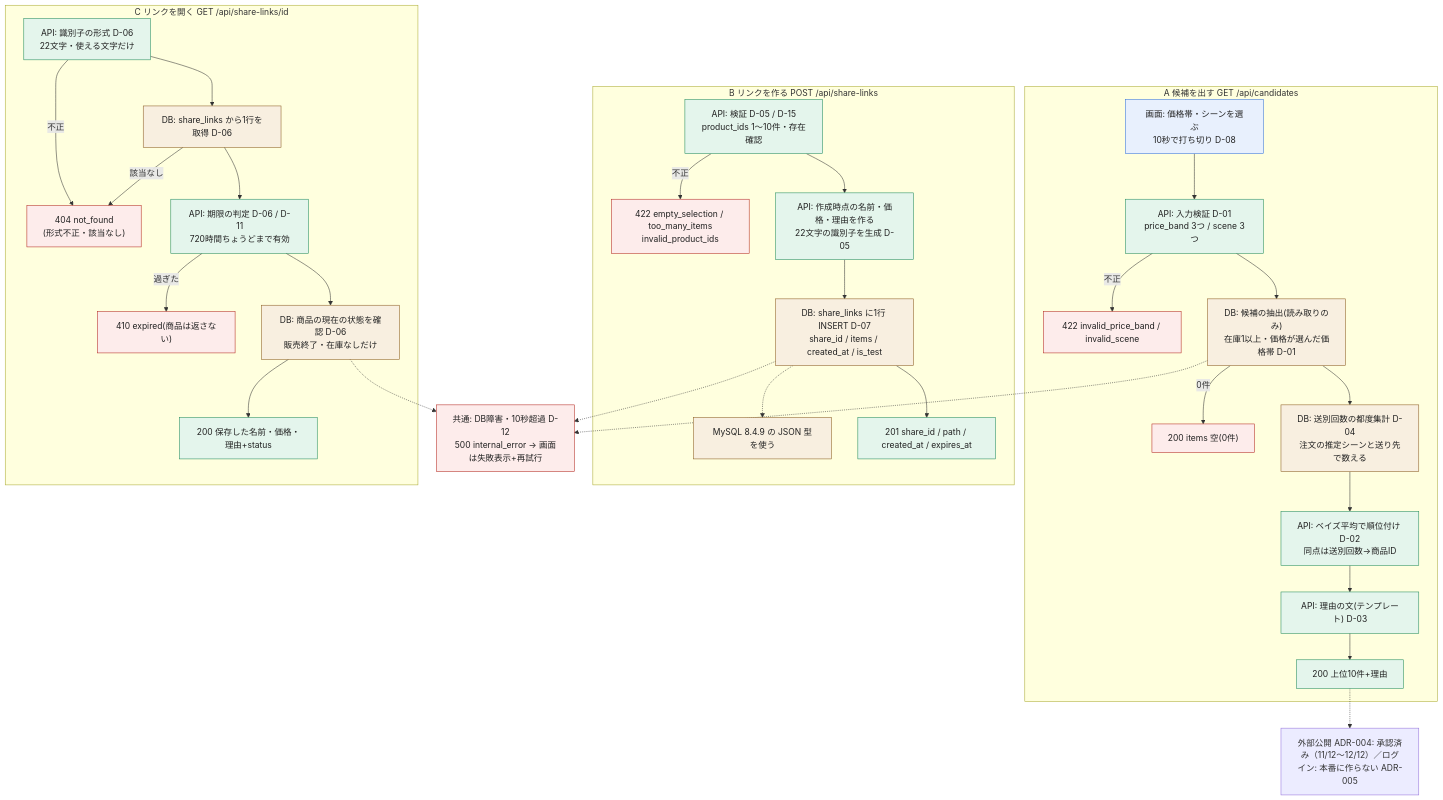
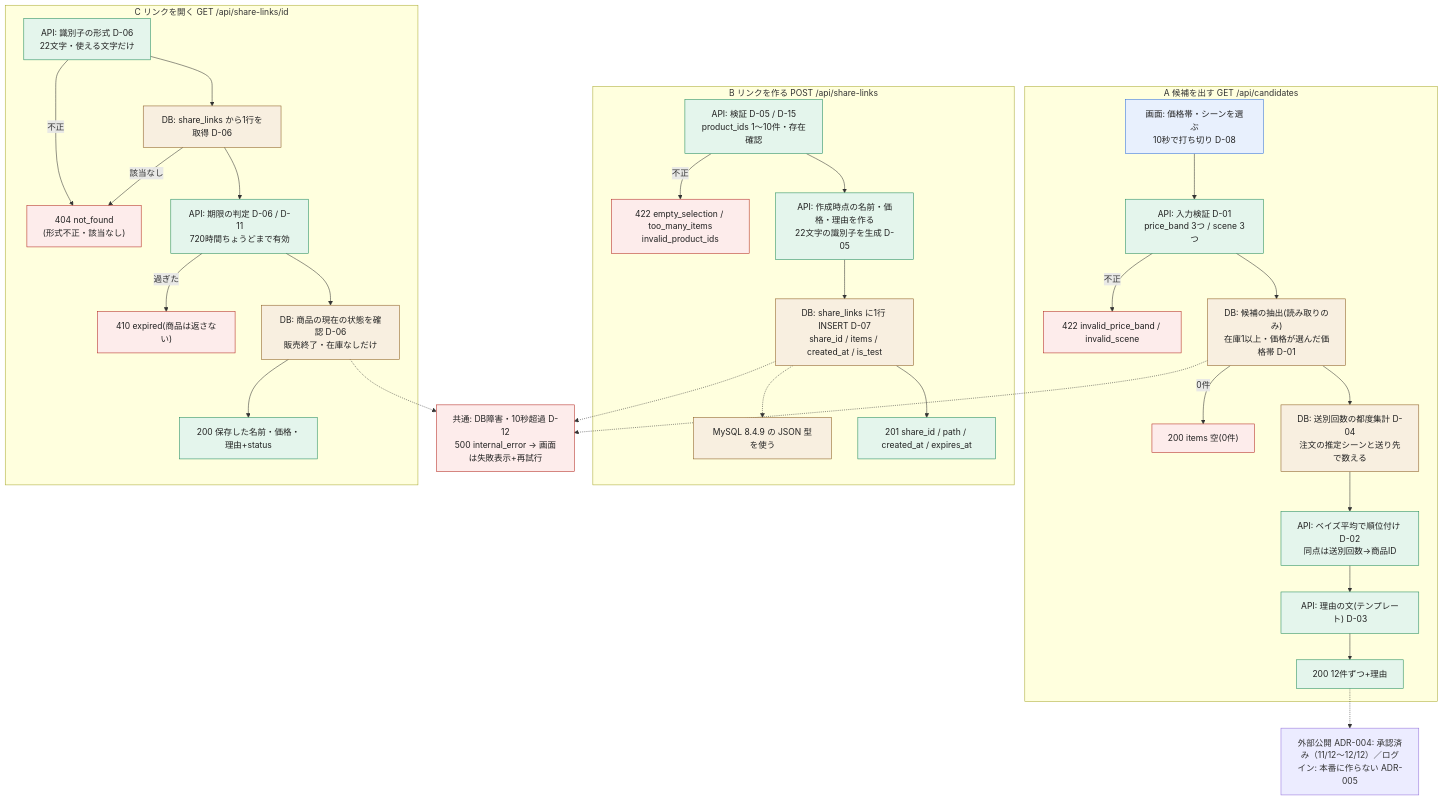
The second of 3 diagrams in 02_プロジェクト/giftia-ui-renewal/仕様.md (Team18-RaizenYomiMukuro-Tech0/model_team18_tech0), drawn with Mermaid before and after one commit. The commit also changed other lines of this file and 4 other files, not shown here.

````diff
--- a/02_プロジェクト/giftia-ui-renewal/仕様.md
+++ b/02_プロジェクト/giftia-ui-renewal/仕様.md
@@ -158,60 +158,60 @@
 ```mermaid
 flowchart TB
   classDef ui fill:#e8f0fd,stroke:#2f6fdb,color:#222
   classDef api fill:#e4f5ec,stroke:#1f8a5b,color:#222
   classDef db fill:#f8efe0,stroke:#8a5a1f,color:#222
   classDef err fill:#fdeceb,stroke:#b3261e,color:#222
   classDef pend stroke-dasharray: 5 5,stroke:#6b6f76,fill:#f3f3f3,color:#222
 
   subgraph A["A 候補を出す GET /api/candidates"]
     A1["画面: 価格帯・シーンを選ぶ<br/>10秒で打ち切り D-08"]:::ui
     A2["API: 入力検証 D-01<br/>price_band 3つ / scene 3つ"]:::api
     A2e["422 invalid_price_band / invalid_scene"]:::err
     A3["DB: 候補の抽出(読み取りのみ)<br/>在庫1以上・価格が選んだ価格帯 D-01"]:::db
     A3z["200 items 空(0件)"]:::err
     A4["DB: 送別回数の都度集計 D-04<br/>注文の推定シーンと送り先で数える"]:::db
     A5["API: ベイズ平均で順位付け D-02<br/>同点は送別回数→商品ID"]:::api
     A6["API: 理由の文(テンプレート) D-03"]:::api
-    A7["200 上位10件+理由"]:::api
+    A7["200 12件ずつ+理由"]:::api
     A1 --> A2
     A2 -- 不正 --> A2e
     A2 --> A3
     A3 -- 0件 --> A3z
     A3 --> A4 --> A5 --> A6 --> A7
   end
 
   subgraph B["B リンクを作る POST /api/share-links"]
     B1["API: 検証 D-05 / D-15<br/>product_ids 1〜10件・存在確認"]:::api
     B1e["422 empty_selection / too_many_items<br/>invalid_product_ids"]:::err
     B2["API: 作成時点の名前・価格・理由を作る<br/>22文字の識別子を生成 D-05"]:::api
     B3["DB: share_links に1行 INSERT D-07<br/>share_id / items / created_at / is_test"]:::db
     B3p["MySQL 8.4.9 の JSON 型を使う"]:::db
     B4["201 share_id / path / created_at / expires_at"]:::api
     B1 -- 不正 --> B1e
     B1 --> B2 --> B3 --> B4
     B3 -.-> B3p
   end
 
   subgraph C["C リンクを開く GET /api/share-links/id"]
     C0["API: 識別子の形式 D-06<br/>22文字・使える文字だけ"]:::api
     C1["DB: share_links から1行を取得 D-06"]:::db
     C1e["404 not_found<br/>(形式不正・該当なし)"]:::err
     C2["API: 期限の判定 D-06 / D-11<br/>720時間ちょうどまで有効"]:::api
     C2e["410 expired(商品は返さない)"]:::err
     C3["DB: 商品の現在の状態を確認 D-06<br/>販売終了・在庫なしだけ"]:::db
     C4["200 保存した名前・価格・理由+status"]:::api
     C0 -- 不正 --> C1e
     C0 --> C1
     C1 -- 該当なし --> C1e
     C1 --> C2
     C2 -- 過ぎた --> C2e
     C2 --> C3 --> C4
   end
 
   ERR["共通: DB障害・10秒超過 D-12<br/>500 internal_error → 画面は失敗表示+再試行"]:::err
   PEND["外部公開 ADR-004: 承認済み（11/12〜12/12）／ログイン: 本番に作らない ADR-005"]
   A3 -.-> ERR
   B3 -.-> ERR
   C3 -.-> ERR
   A7 -.-> PEND
 ```
````
